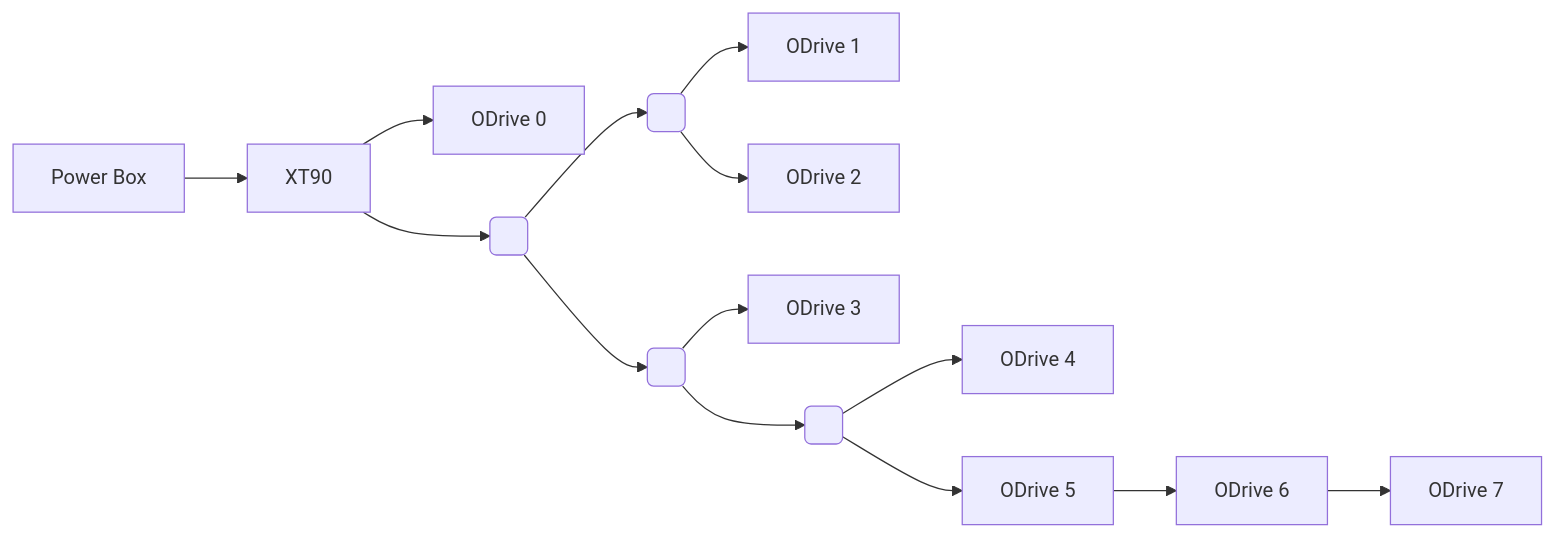
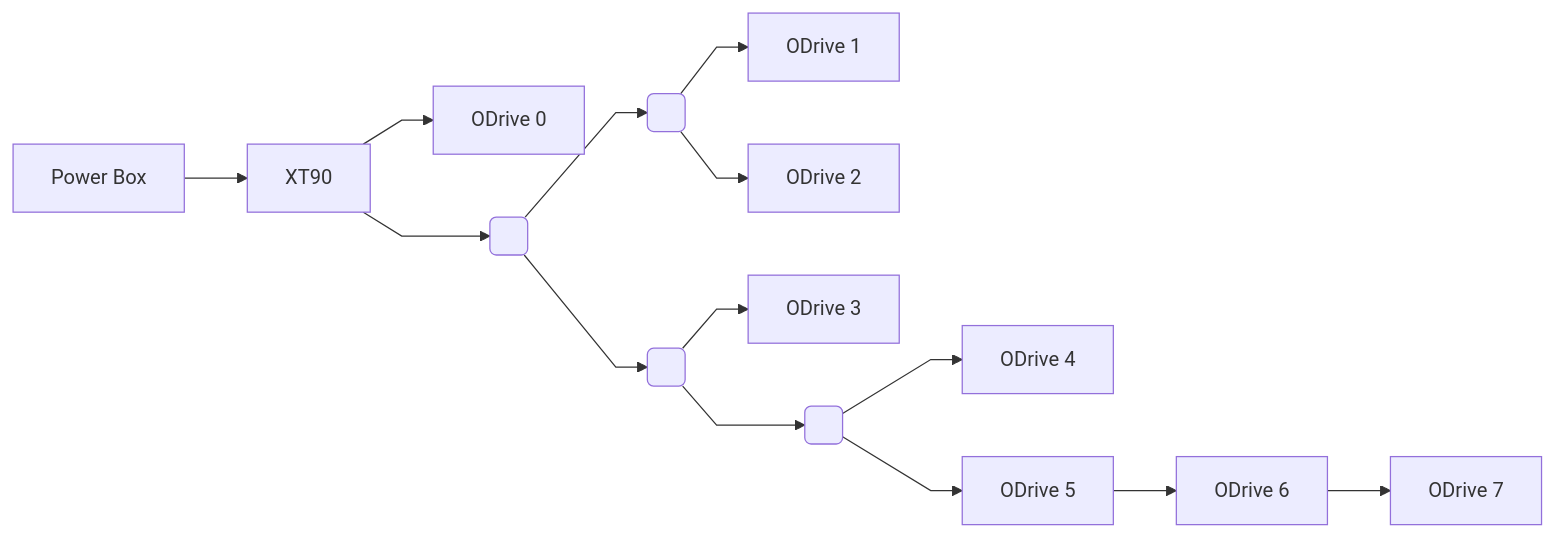
Before and after one commit to JesseDarr/dARM: the second of 2 diagrams in README.md, drawn with Mermaid.

````diff
--- a/README.md
+++ b/README.md
@@ -166,18 +166,18 @@
 ```mermaid
-%%{ init: { 'flowchart': { 'curve': 'basis' } } }%%  
+%%{ init: { 'flowchart': { 'curve': 'linear' } } }%%  
 
 graph LR
     PowerBox[Power Box] --> XT90[XT90]
     XT90 --> ODrive0[ODrive 0]
     XT90 --> T0( )
     T0 --> T1( )
     T0 --> T2( )
     T1 --> ODrive1[ODrive 1]
     T1 --> ODrive2[ODrive 2]
     T2 --> ODrive3[ODrive 3]
     T2 --> T3( )
     T3 --> ODrive4[ODrive 4]
     T3 --> ODrive5[ODrive 5]
     ODrive5 --> ODrive6[ODrive 6]
     ODrive6 --> ODrive7[ODrive 7]
 ```
````
